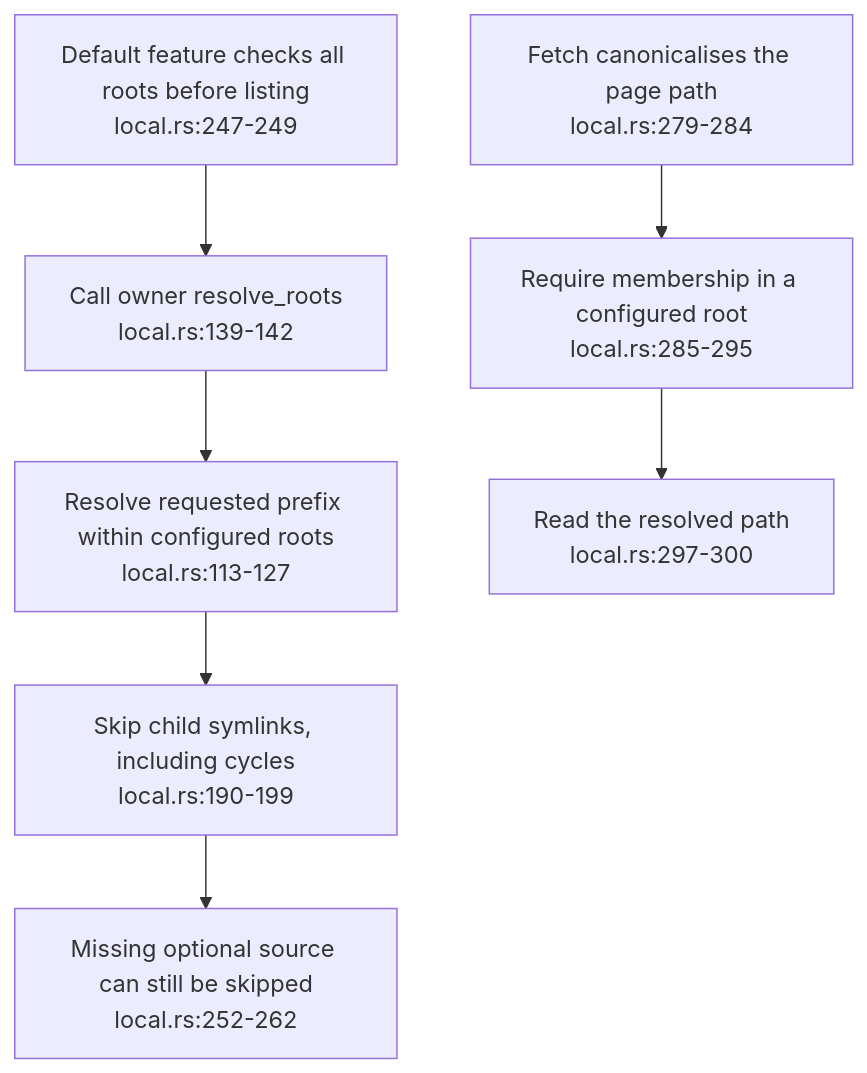
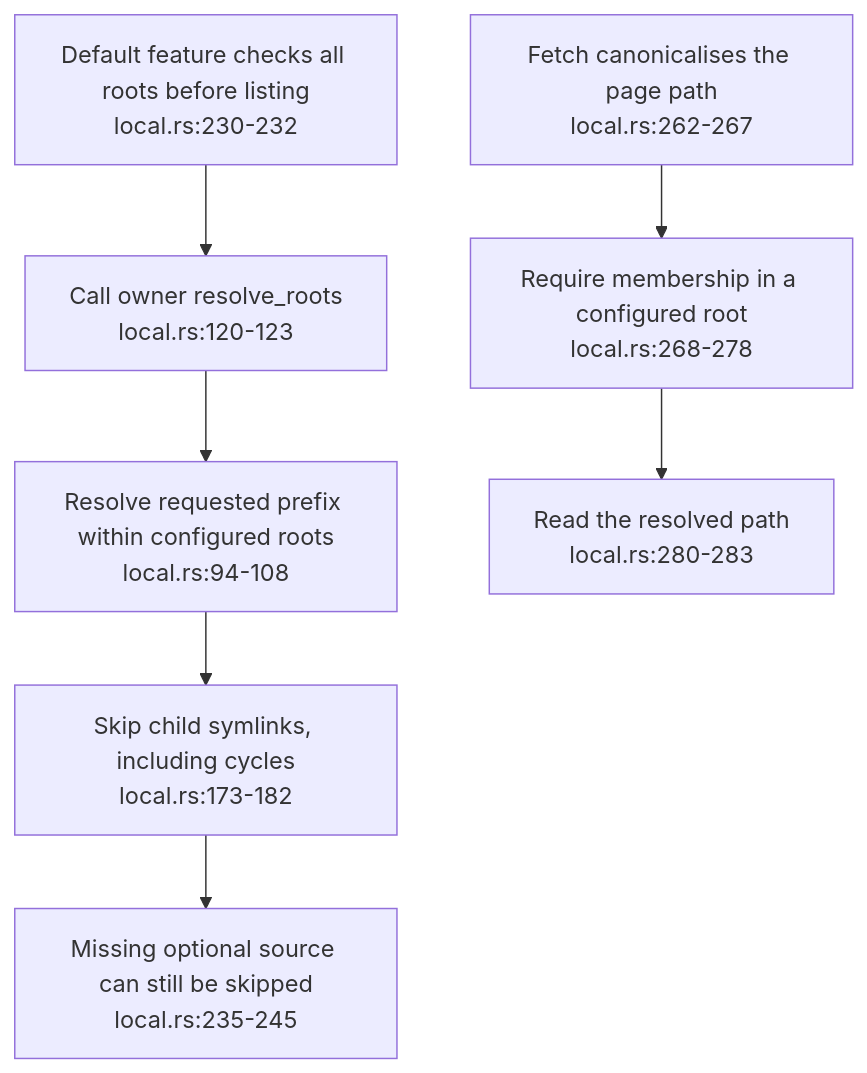
Before and after one commit to DreamLab-AI/VisionFlow: the third of 4 diagrams in docs/diagrams/ontomark/12-shared-layout-checks.md, drawn with Mermaid. The commit also changed other lines of this file and 154 other files, not shown here.

First line of the commit message:
docs(diagrams): re-stamp 154 topics whose every citation still reads the same text at the current heads

````diff
--- a/docs/diagrams/ontomark/12-shared-layout-checks.md
+++ b/docs/diagrams/ontomark/12-shared-layout-checks.md
@@ -67,9 +67,9 @@
 ```mermaid
 flowchart TD
-    LIST["Default feature checks all roots before listing<br/>local.rs:247-249"] --> SHARED["Call owner resolve_roots<br/>local.rs:139-142"]
-    SHARED --> PREFIX["Resolve requested prefix within configured roots<br/>local.rs:113-127"]
-    PREFIX --> WALK["Skip child symlinks, including cycles<br/>local.rs:190-199"]
-    WALK --> MISSING["Missing optional source can still be skipped<br/>local.rs:252-262"]
-    FETCH["Fetch canonicalises the page path<br/>local.rs:279-284"] --> BOUND["Require membership in a configured root<br/>local.rs:285-295"]
-    BOUND --> READ["Read the resolved path<br/>local.rs:297-300"]
+    LIST["Default feature checks all roots before listing<br/>local.rs:230-232"] --> SHARED["Call owner resolve_roots<br/>local.rs:120-123"]
+    SHARED --> PREFIX["Resolve requested prefix within configured roots<br/>local.rs:94-108"]
+    PREFIX --> WALK["Skip child symlinks, including cycles<br/>local.rs:173-182"]
+    WALK --> MISSING["Missing optional source can still be skipped<br/>local.rs:235-245"]
+    FETCH["Fetch canonicalises the page path<br/>local.rs:262-267"] --> BOUND["Require membership in a configured root<br/>local.rs:268-278"]
+    BOUND --> READ["Read the resolved path<br/>local.rs:280-283"]
 ```
````
